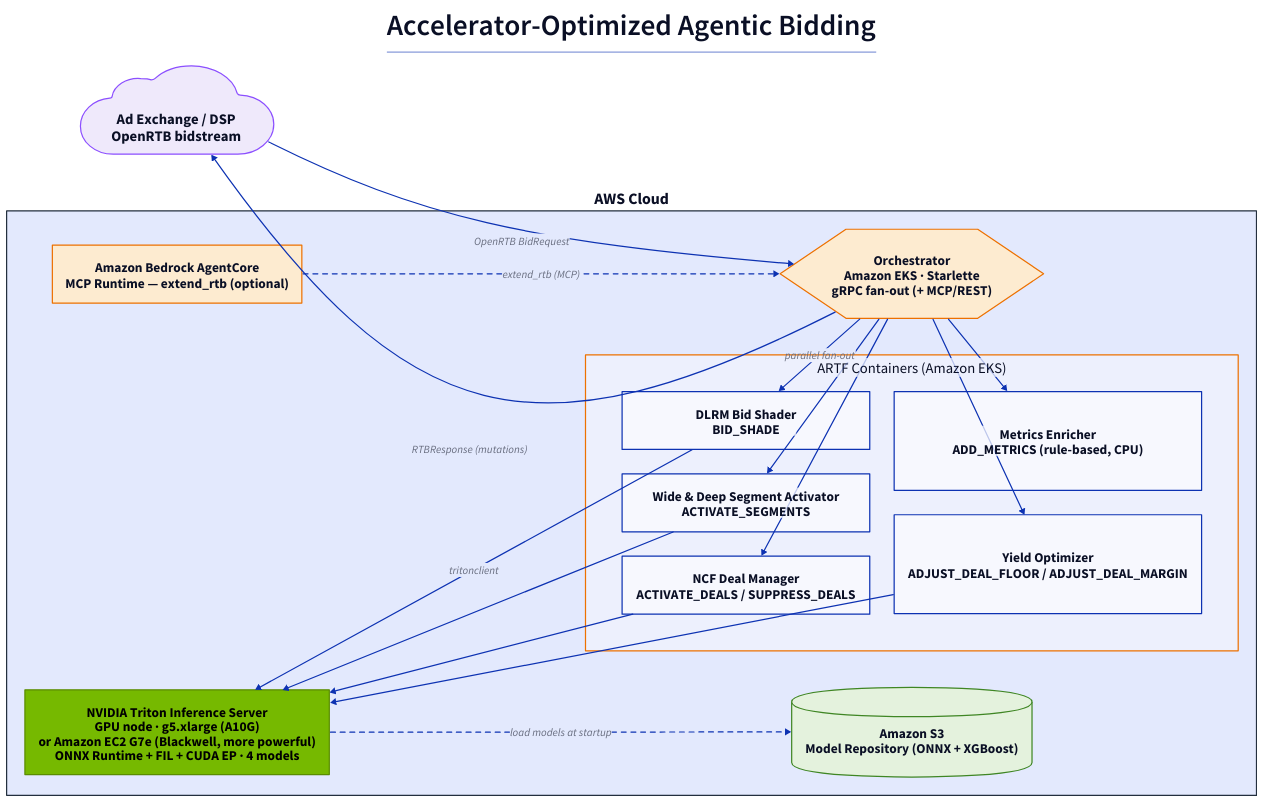
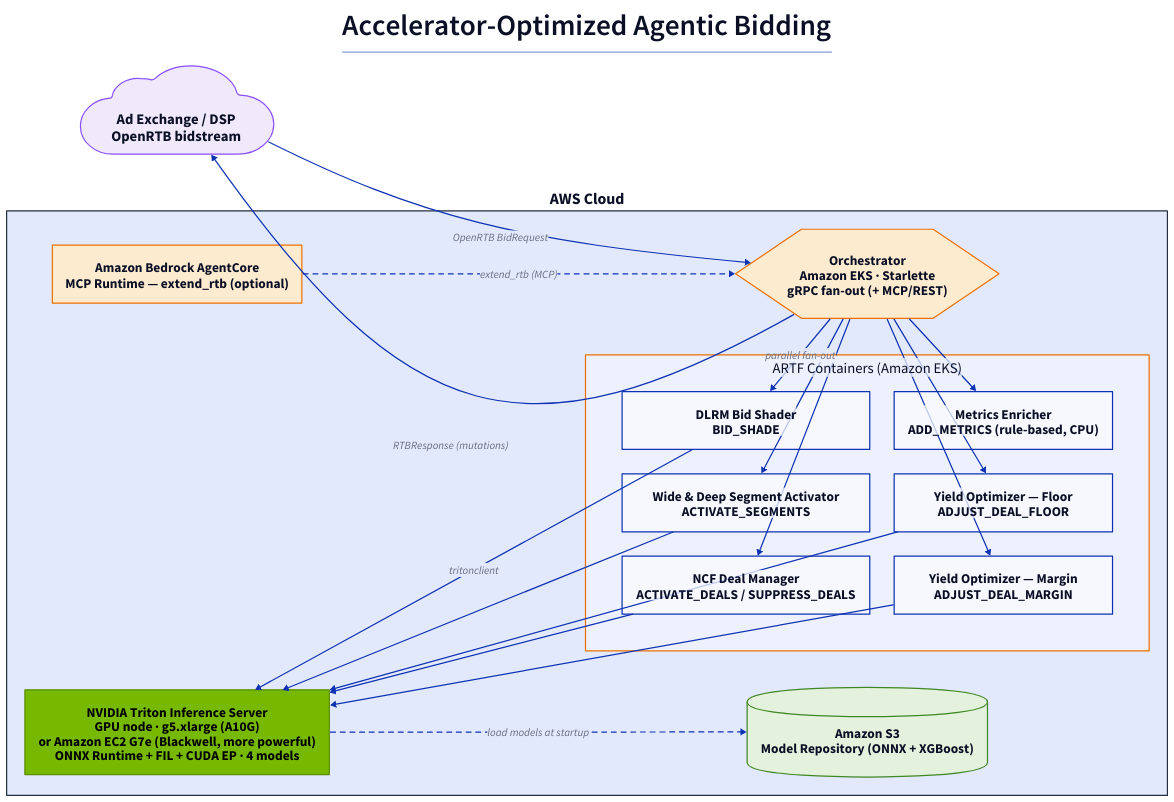
One commit to aws-solutions-library-samples/guidance-for-accelerator-optimized-agentic-bidding-on-aws changed the diagram in assets/images/architecture-part1-realtime.d2. Above: the diagram before and after it, drawn with D2. The commit also changed 60 other files, not shown here.

```diff
--- a/assets/images/architecture-part1-realtime.d2
+++ b/assets/images/architecture-part1-realtime.d2
@@ -1,91 +1,94 @@
 # Part 1 — Real-Time Agentic Bidding (live integration path)
 # Shows how the solution is invoked in a live environment: an ad exchange / DSP
 # calls the ARTF extension point directly over the bidstream. The React test
 # console and its Cognito/CloudFront auth path are intentionally omitted.
 
 direction: right
 
 # Increase font sizes everywhere for readability
 **.style.font-size: 22
 (** -> **)[*].style.font-size: 18
 
 title: |md
   # Accelerator-Optimized Agentic Bidding
 | {
   near: top-center
   style.font-size: 24
   style.bold: true
 }
 
 exchange: "Ad Exchange / DSP\nOpenRTB bidstream" {
   shape: cloud
   style.fill: "#EFE9FB"
   style.stroke: "#8C4FFF"
   style.font-size: 24
 }
 
 aws: "AWS Cloud" {
   style.stroke: "#232F3E"
   style.font-size: 26
   style.bold: true
 
   orch: "Orchestrator\nAmazon EKS · Starlette\ngRPC fan-out (+ MCP/REST)" {
     shape: hexagon
     style.fill: "#FDEBD0"
     style.stroke: "#ED7100"
     style.font-size: 22
   }
 
   containers: "ARTF Containers (Amazon EKS)" {
     style.stroke: "#ED7100"
     style.font-size: 24
     grid-columns: 2
     dlrm: "DLRM Bid Shader\nBID_SHADE"
     wd: "Wide & Deep Segment Activator\nACTIVATE_SEGMENTS"
     ncf: "NCF Deal Manager\nACTIVATE_DEALS / SUPPRESS_DEALS"
     metrics: "Metrics Enricher\nADD_METRICS (rule-based, CPU)"
-    yield: "Yield Optimizer\nADJUST_DEAL_FLOOR / ADJUST_DEAL_MARGIN"
+    yield_floor: "Yield Optimizer — Floor\nADJUST_DEAL_FLOOR"
+    yield_margin: "Yield Optimizer — Margin\nADJUST_DEAL_MARGIN"
   }
 
   triton: "NVIDIA Triton Inference Server\nGPU node · g5.xlarge (A10G)\nor Amazon EC2 G7e (Blackwell, more powerful)\nONNX Runtime + FIL + CUDA EP · 4 models" {
     style.fill: "#76b900"
     style.stroke: "#5a8c00"
     style.font-color: "#000000"
     style.font-size: 22
   }
 
   models: "Amazon S3\nModel Repository (ONNX + XGBoost)" {
     shape: cylinder
     style.fill: "#E4F2DD"
     style.stroke: "#3F8624"
     style.font-size: 22
   }
 
   agentcore: "Amazon Bedrock AgentCore\nMCP Runtime — extend_rtb (optional)" {
     style.fill: "#FDEBD0"
     style.stroke: "#ED7100"
     style.font-size: 22
   }
 }
 
 exchange -> aws.orch: "OpenRTB BidRequest"
 aws.orch -> exchange: "RTBResponse (mutations)"
 
 aws.orch -> aws.containers.dlrm: "parallel fan-out"
 aws.orch -> aws.containers.wd
 aws.orch -> aws.containers.ncf
 aws.orch -> aws.containers.metrics
-aws.orch -> aws.containers.yield
+aws.orch -> aws.containers.yield_floor
+aws.orch -> aws.containers.yield_margin
 
 aws.containers.dlrm -> aws.triton: "tritonclient"
 aws.containers.wd -> aws.triton
 aws.containers.ncf -> aws.triton
-aws.containers.yield -> aws.triton
+aws.containers.yield_floor -> aws.triton
+aws.containers.yield_margin -> aws.triton
 
 aws.triton -> aws.models: "load models at startup" {
   style.stroke-dash: 4
 }
 
 aws.agentcore -> aws.orch: "extend_rtb (MCP)" {
   style.stroke-dash: 4
 }
```
